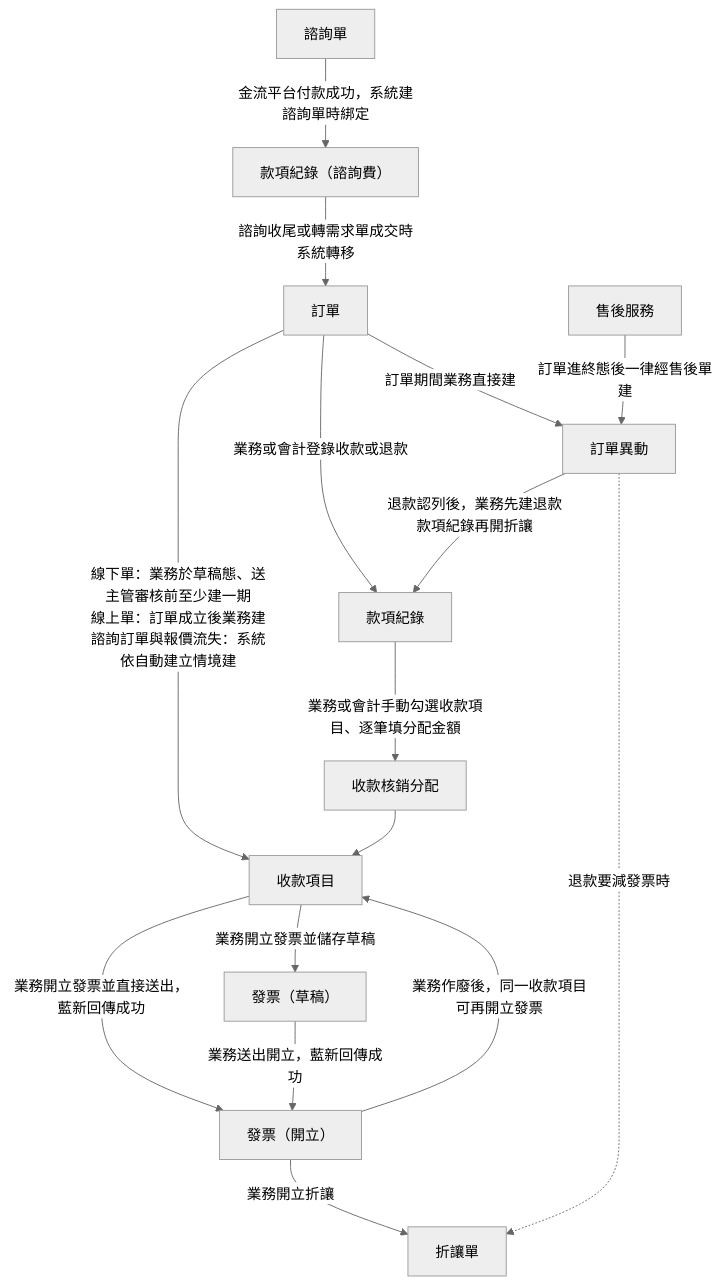
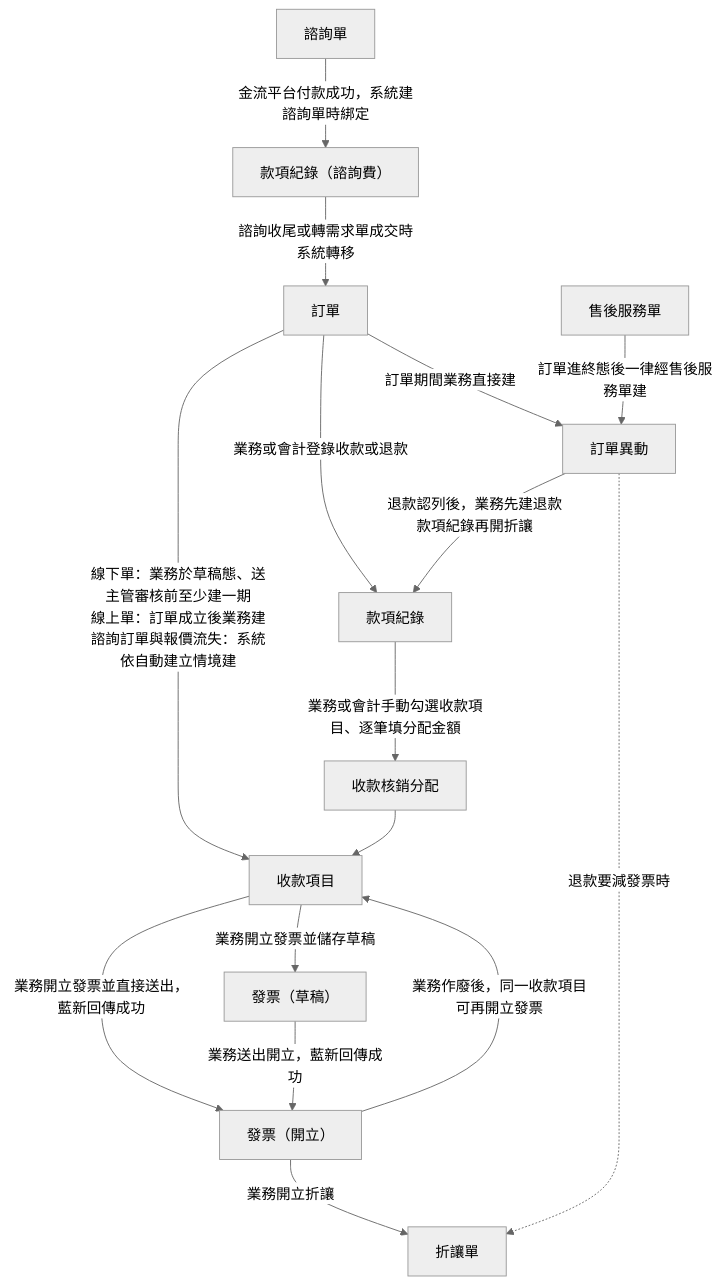
The seventh of 9 diagrams in memory/Sens_wiki/wiki/erp/05-entities/ERP 資料結構總覽.md (Kawato-Miles/erp-spec), drawn with Mermaid (neutral theme) before and after one commit. The commit also changed other lines of this file and 76 other files, not shown here.

````diff
--- a/memory/Sens_wiki/wiki/erp/05-entities/ERP 資料結構總覽.md
+++ b/memory/Sens_wiki/wiki/erp/05-entities/ERP 資料結構總覽.md
@@ -243,18 +254,18 @@
 ```mermaid
 flowchart TD
     O["訂單"] -->|"線下單：業務於草稿態、送主管審核前至少建一期<br>線上單：訂單成立後業務建<br>諮詢訂單與報價流失：系統依自動建立情境建"| P["收款項目"]
     P -->|"業務開立發票並儲存草稿"| ID["發票（草稿）"]
     P -->|"業務開立發票並直接送出，藍新回傳成功"| II["發票（開立）"]
     ID -->|"業務送出開立，藍新回傳成功"| II
     II -->|"業務開立折讓"| SA["折讓單"]
     II -->|"業務作廢後，同一收款項目可再開立發票"| P
     CR["諮詢單"] -->|"金流平台付款成功，系統建諮詢單時綁定"| PM1["款項紀錄（諮詢費）"]
     PM1 -->|"諮詢收尾或轉需求單成交時系統轉移"| O
     O -->|"業務或會計登錄收款或退款"| PM["款項紀錄"]
     PM -->|"業務或會計手動勾選收款項目、逐筆填分配金額"| AL["收款核銷分配"]
     AL --> P
     O -->|"訂單期間業務直接建"| ADJ["訂單異動"]
-    AS["售後服務"] -->|"訂單進終態後一律經售後單建"| ADJ
+    AS["售後服務單"] -->|"訂單進終態後一律經售後服務單建"| ADJ
     ADJ -->|"退款認列後，業務先建退款款項紀錄再開折讓"| PM
     ADJ -.->|"退款要減發票時"| SA
 ```
````
